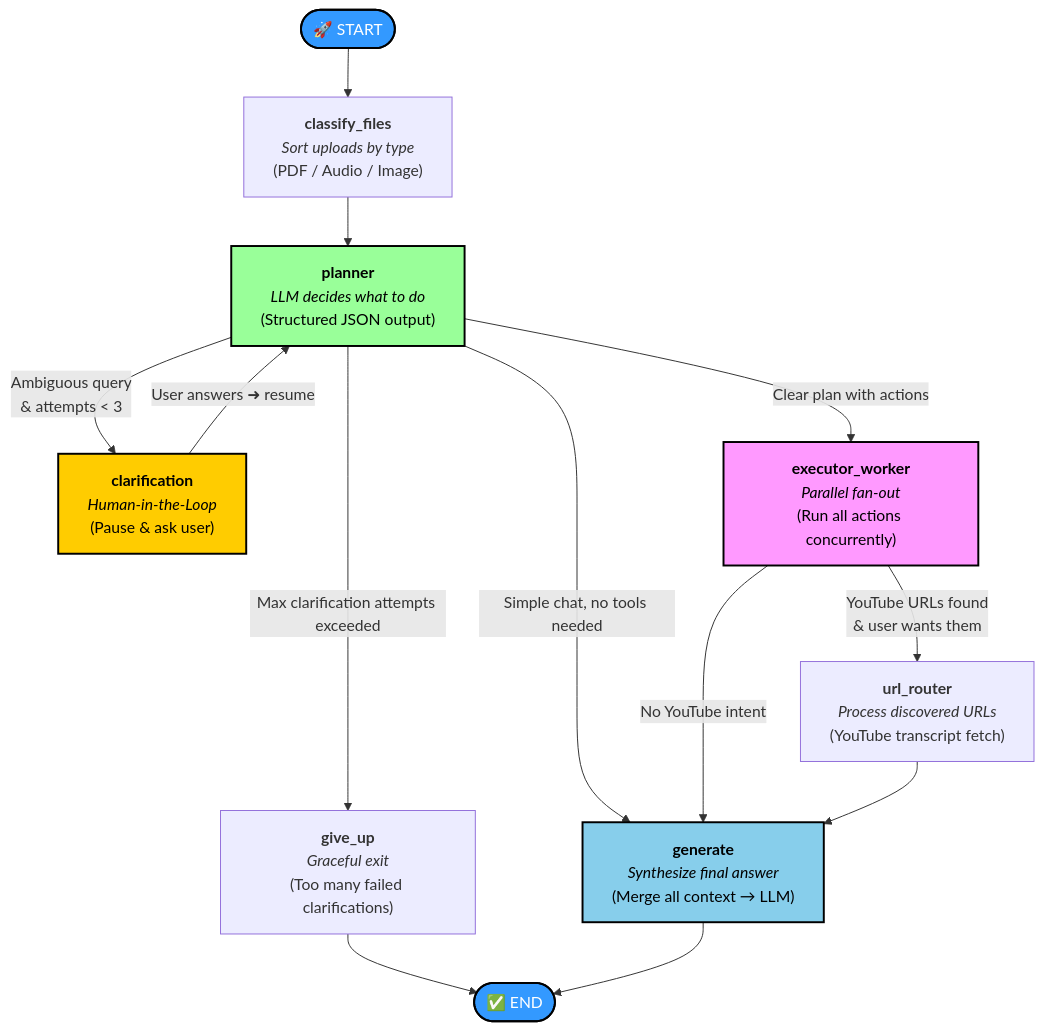
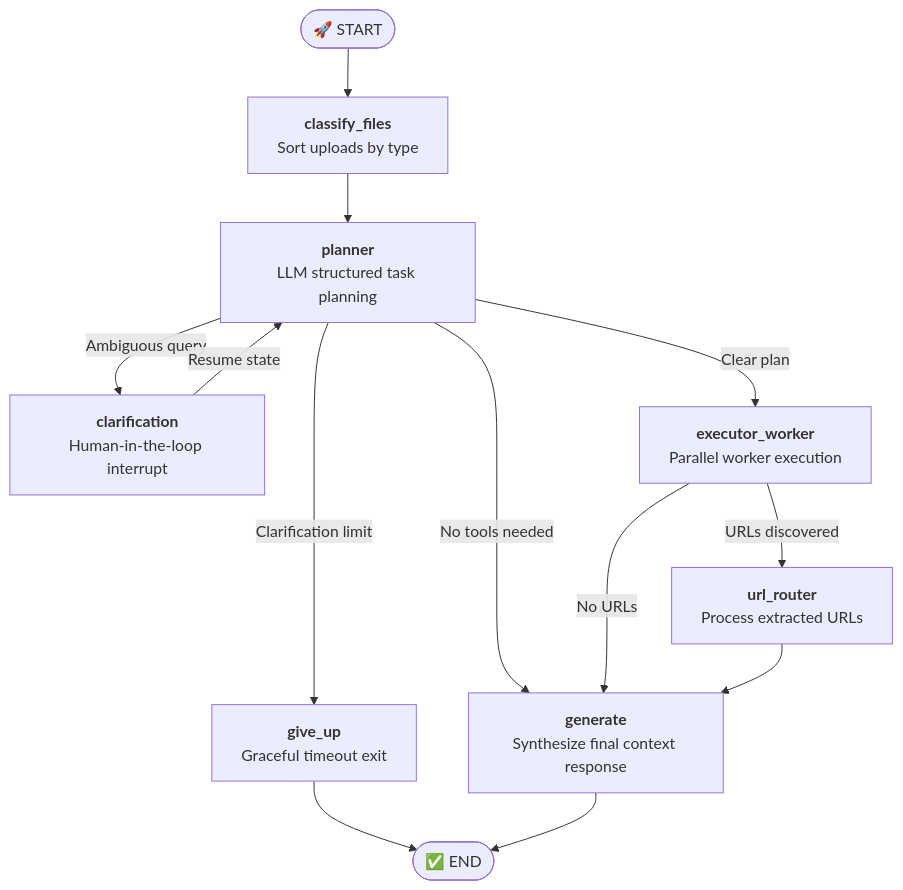
Before and after one commit to zeuspavilion/Multimodal-RAG-Pipeline-by-LangGraph: the second of 2 diagrams in README.md, drawn with Mermaid. The commit also changed other lines of this file, not shown here.

````diff
--- a/README.md
+++ b/README.md
@@ -188,36 +114,25 @@
 ```mermaid
 flowchart TD
     START([🚀 START])
-    ClassifyRoute["<strong>classify_files</strong><br/><em>Sort uploads by type</em><br/>(PDF / Audio / Image)"]
-    Planner["<strong>planner</strong><br/><em>LLM decides what to do</em><br/>(Structured JSON output)"]
-    Clarification["<strong>clarification</strong><br/><em>Human-in-the-Loop</em><br/>(Pause & ask user)"]
-    ExecutorWorker["<strong>executor_worker</strong><br/><em>Parallel fan-out</em><br/>(Run all actions concurrently)"]
-    URLRouter["<strong>url_router</strong><br/><em>Process discovered URLs</em><br/>(YouTube transcript fetch)"]
-    Generate["<strong>generate</strong><br/><em>Synthesize final answer</em><br/>(Merge all context → LLM)"]
-    GiveUp["<strong>give_up</strong><br/><em>Graceful exit</em><br/>(Too many failed clarifications)"]
+    ClassifyRoute["<strong>classify_files</strong><br/>Sort uploads by type"]
+    Planner["<strong>planner</strong><br/>LLM structured task planning"]
+    Clarification["<strong>clarification</strong><br/>Human-in-the-loop interrupt"]
+    ExecutorWorker["<strong>executor_worker</strong><br/>Parallel worker execution"]
+    URLRouter["<strong>url_router</strong><br/>Process extracted URLs"]
+    Generate["<strong>generate</strong><br/>Synthesize final context response"]
+    GiveUp["<strong>give_up</strong><br/>Graceful timeout exit"]
     END([✅ END])
 
     START --> ClassifyRoute
     ClassifyRoute --> Planner
-
-    Planner -->|"Ambiguous query<br/>& attempts < 3"| Clarification
-    Planner -->|"Clear plan with actions"| ExecutorWorker
-    Planner -->|"Simple chat, no tools needed"| Generate
-    Planner -->|"Max clarification attempts exceeded"| GiveUp
-
-    Clarification -->|"User answers ➜ resume"| Planner
-
-    ExecutorWorker -->|"YouTube URLs found<br/>& user wants them"| URLRouter
-    ExecutorWorker -->|"No YouTube intent"| Generate
-
+    Planner -->|"Ambiguous query"| Clarification
+    Planner -->|"Clear plan"| ExecutorWorker
+    Planner -->|"No tools needed"| Generate
+    Planner -->|"Clarification limit"| GiveUp
+    Clarification -->|"Resume state"| Planner
+    ExecutorWorker -->|"URLs discovered"| URLRouter
+    ExecutorWorker -->|"No URLs"| Generate
     URLRouter --> Generate
     GiveUp --> END
     Generate --> END
-
-    style START fill:#3399FF,stroke:#000,stroke-width:2px,color:#fff
-    style END fill:#3399FF,stroke:#000,stroke-width:2px,color:#fff
-    style Clarification fill:#FFCC00,stroke:#000,stroke-width:2px,color:#000
-    style Planner fill:#99FF99,stroke:#000,stroke-width:2px,color:#000
-    style ExecutorWorker fill:#FF99FF,stroke:#000,stroke-width:2px,color:#000
-    style Generate fill:#87CEEB,stroke:#000,stroke-width:2px,color:#000
 ```
````
